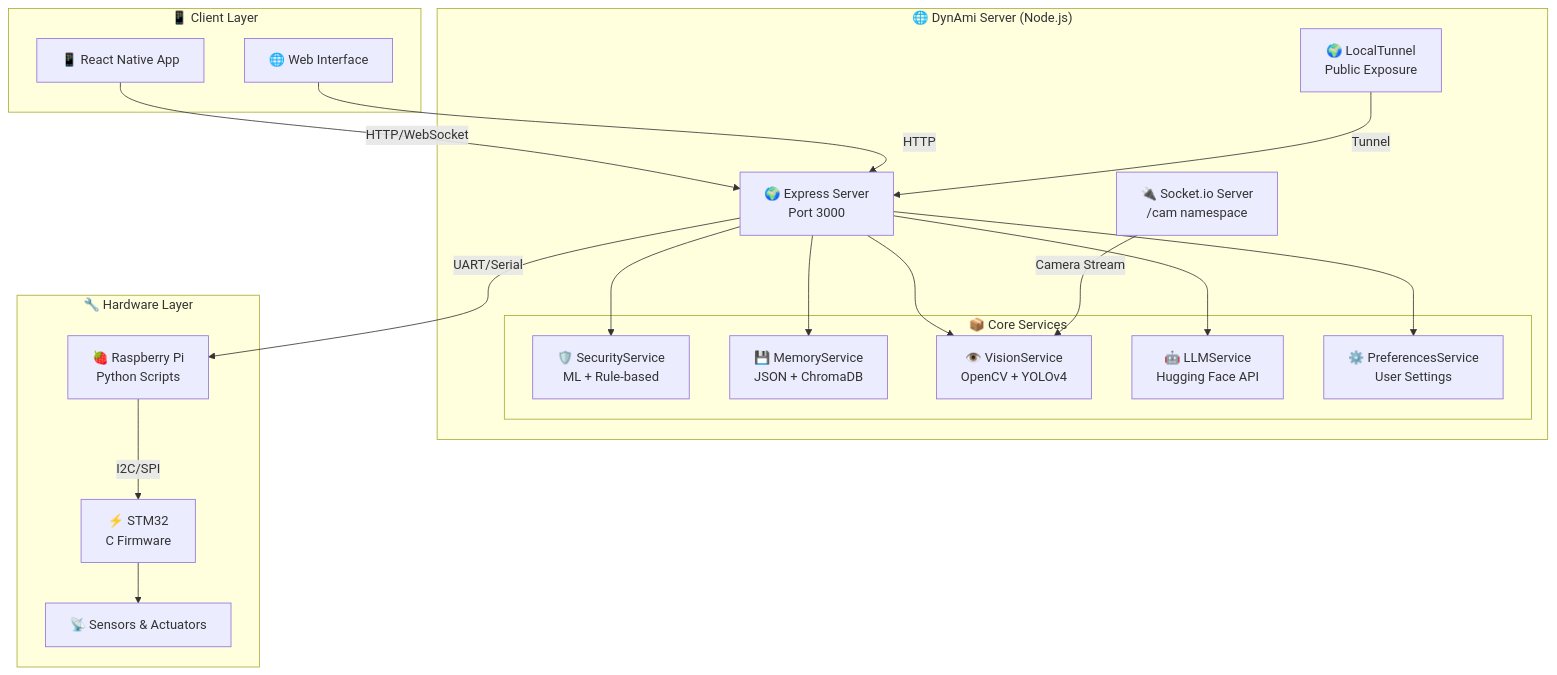
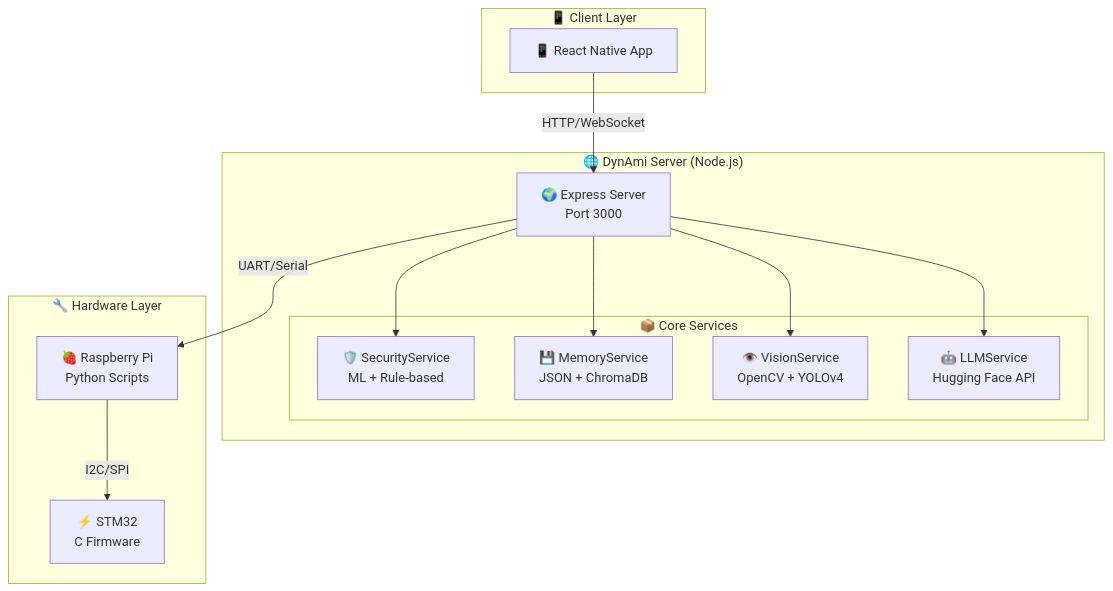
One commit to Teay2026/Robot-Companion-Dynami changed the first of 2 diagrams in ARCHITECTURE.md. Above: the diagram before and after it, drawn with Mermaid. The commit also changed other lines of this file, not shown here.

````diff
--- a/ARCHITECTURE.md
+++ b/ARCHITECTURE.md
@@ -12,41 +9,30 @@
 ```mermaid
 graph TB
     subgraph "🌐 DynAmi Server (Node.js)"
         HTTP[🌍 Express Server<br/>Port 3000]
-        WS[🔌 Socket.io Server<br/>/cam namespace]
-        LT[🌍 LocalTunnel<br/>Public Exposure]
 
         subgraph "📦 Core Services"
             SEC[🛡️ SecurityService<br/>ML + Rule-based]
             MEM[💾 MemoryService<br/>JSON + ChromaDB]
             VIS[👁️ VisionService<br/>OpenCV + YOLOv4]
             LLM[🤖 LLMService<br/>Hugging Face API]
-            PREF[⚙️ PreferencesService<br/>User Settings]
         end
     end
 
     subgraph "📱 Client Layer"
         APP[📱 React Native App]
-        WEB[🌐 Web Interface]
     end
 
     subgraph "🔧 Hardware Layer"
         RPI[🍓 Raspberry Pi<br/>Python Scripts]
         STM[⚡ STM32<br/>C Firmware]
-        SENSORS[📡 Sensors & Actuators]
     end
 
     APP -->|HTTP/WebSocket| HTTP
-    WEB -->|HTTP| HTTP
     HTTP --> SEC
     HTTP --> MEM
     HTTP --> VIS
     HTTP --> LLM
-    HTTP --> PREF
-    WS -->|Camera Stream| VIS
     HTTP -->|UART/Serial| RPI
     RPI -->|I2C/SPI| STM
-    STM --> SENSORS
-
-    LT -->|Tunnel| HTTP
 ```
````
